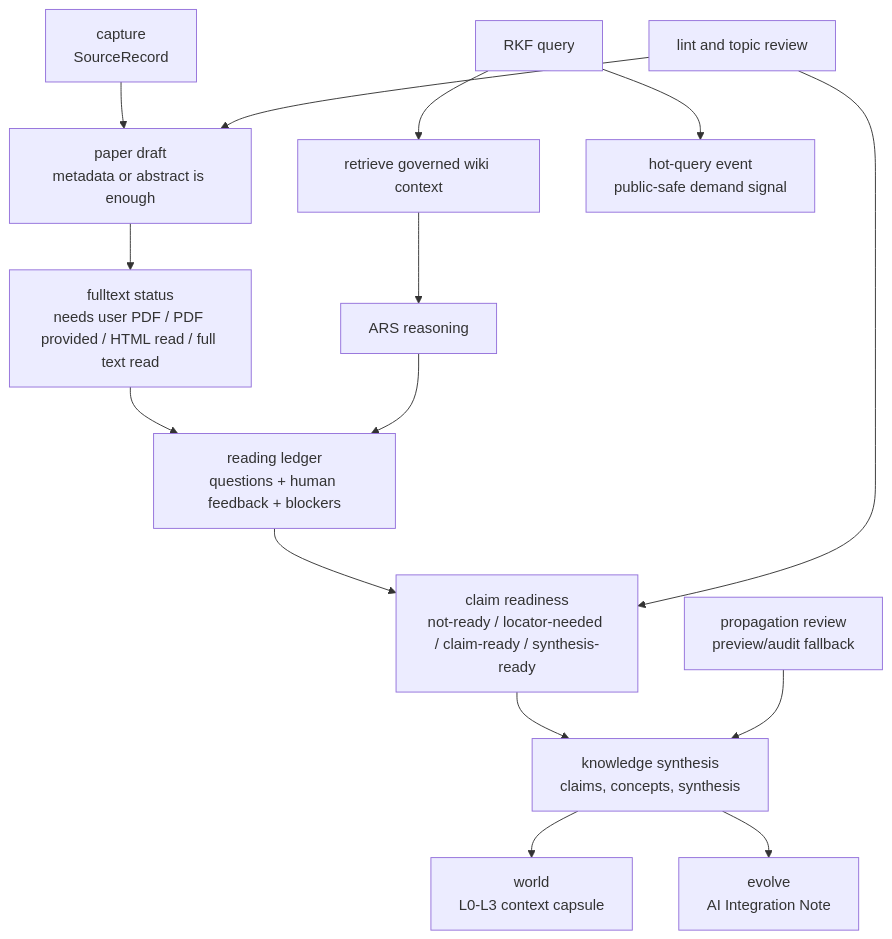
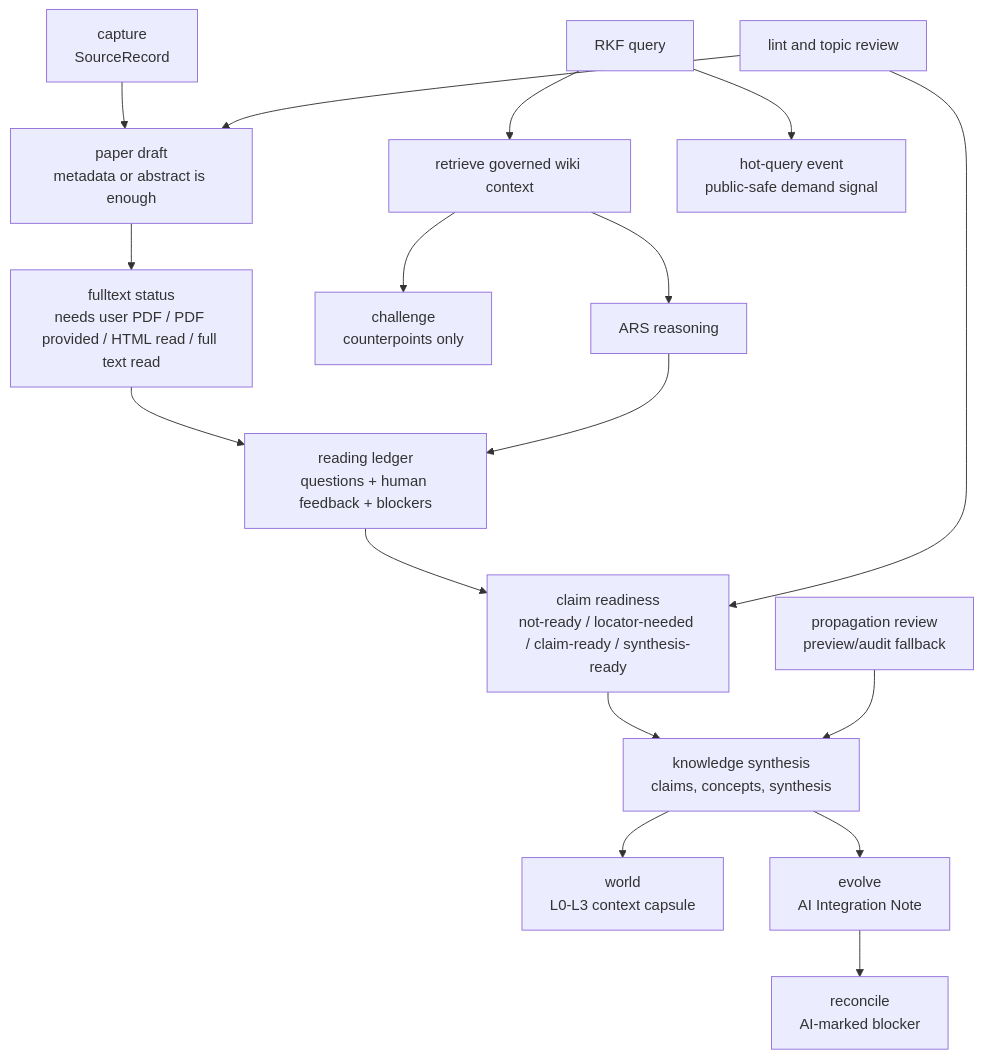
Before and after one commit to ChenHau-Lan/ResearchWiki: the diagram in docs/ARCHITECTURE.md, drawn with Mermaid. The commit also changed other lines of this file and 12 other files, not shown here.

Commit message:
Add reconcile challenge and temporal metadata

````diff
--- a/docs/ARCHITECTURE.md
+++ b/docs/ARCHITECTURE.md
@@ -30,17 +33,19 @@
 ```mermaid
 flowchart TD
     A["capture<br/>SourceRecord"] --> B["paper draft<br/>metadata or abstract is enough"]
     B --> C["fulltext status<br/>needs user PDF / PDF provided / HTML read / full text read"]
     C --> D["reading ledger<br/>questions + human feedback + blockers"]
     D --> E["claim readiness<br/>not-ready / locator-needed / claim-ready / synthesis-ready"]
     E --> F["knowledge synthesis<br/>claims, concepts, synthesis"]
     F --> M["world<br/>L0-L3 context capsule"]
     F --> N["evolve<br/>AI Integration Note"]
+    N --> O["reconcile<br/>AI-marked blocker"]
+    H --> P["challenge<br/>counterpoints only"]
     G["RKF query"] --> H["retrieve governed wiki context"]
     G --> I["hot-query event<br/>public-safe demand signal"]
     H --> J["ARS reasoning"]
     J --> D
     K["lint and topic review"] --> B
     K --> E
     L["propagation review<br/>preview/audit fallback"] --> F
 ```
````
